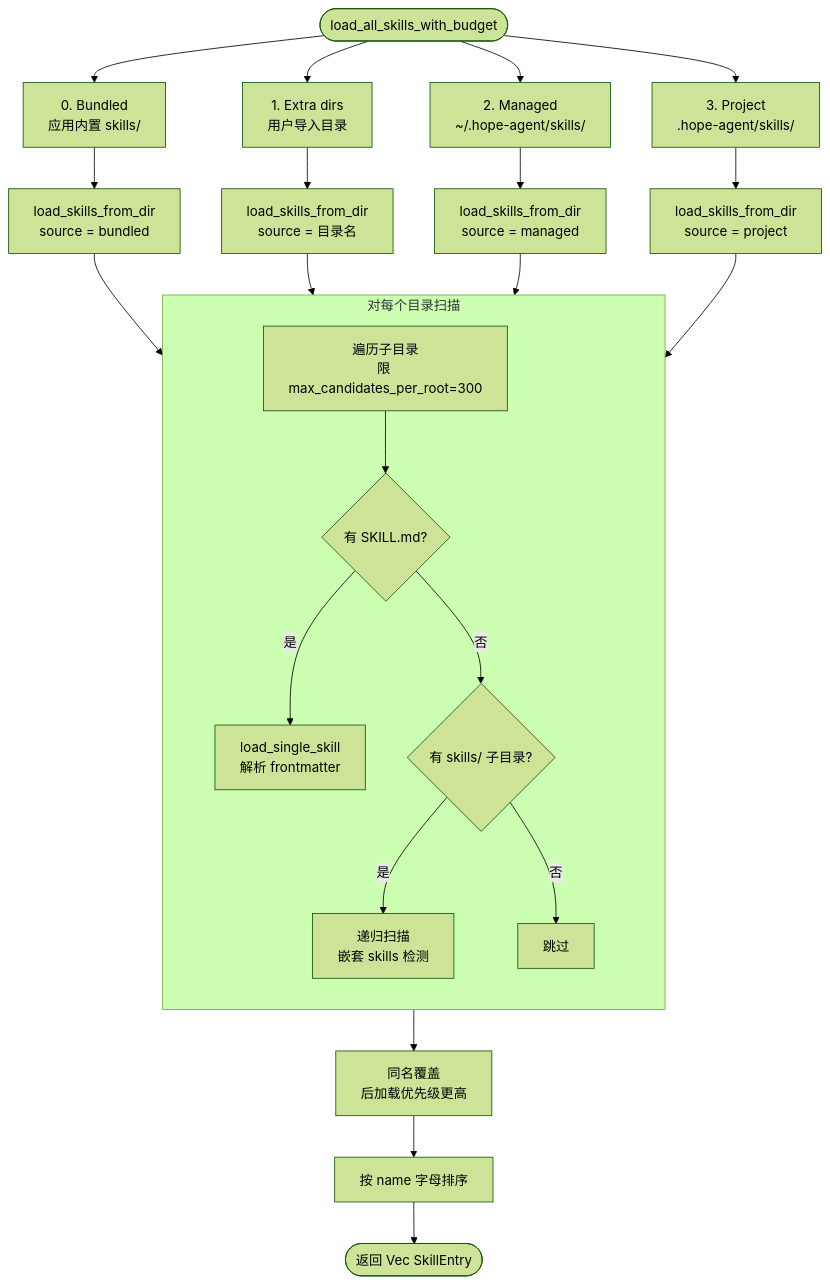
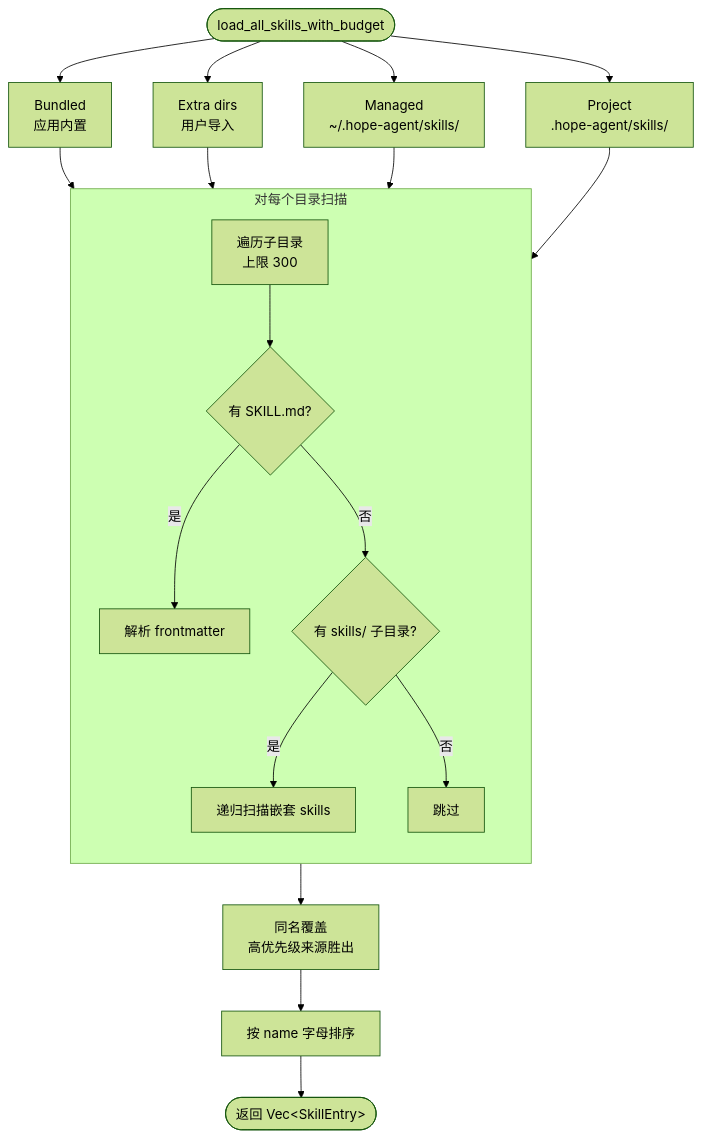
The fourth of 19 diagrams in docs/architecture/skill-system.md (shiwenwen/hope-agent), drawn with Mermaid (forest theme) before and after one commit. The commit also changed other lines of this file, not shown here.

First line of the commit message:
🦭docs: 巨无霸 skill-system（2123 行）按新标准重做

````diff
--- a/docs/architecture/skill-system.md
+++ b/docs/architecture/skill-system.md
@@ -334,28 +327,22 @@
 ```mermaid
 flowchart TD
-    START([load_all_skills_with_budget]) --> B["0. Bundled<br/>应用内置 skills/"]
-    START --> E["1. Extra dirs<br/>用户导入目录"]
-    START --> M["2. Managed<br/>~/.hope-agent/skills/"]
-    START --> P["3. Project<br/>.hope-agent/skills/"]
+    START([load_all_skills_with_budget]) --> B["Bundled<br/>应用内置"]
+    START --> E["Extra dirs<br/>用户导入"]
+    START --> M["Managed<br/>~/.hope-agent/skills/"]
+    START --> P["Project<br/>.hope-agent/skills/"]
 
-    B --> LOAD_B["load_skills_from_dir<br/>source = bundled"]
-    E --> LOAD_E["load_skills_from_dir<br/>source = 目录名"]
-    M --> LOAD_M["load_skills_from_dir<br/>source = managed"]
-    P --> LOAD_P["load_skills_from_dir<br/>source = project"]
-
-    LOAD_B & LOAD_E & LOAD_M & LOAD_P --> SCAN
+    B & E & M & P --> SCAN
 
     subgraph SCAN["对每个目录扫描"]
         direction TB
-        DIR["遍历子目录<br/>限 max_candidates_per_root=300"] --> HAS{"有 SKILL.md?"}
-        HAS -->|是| PARSE["load_single_skill<br/>解析 frontmatter"]
+        DIR["遍历子目录<br/>上限 300"] --> HAS{"有 SKILL.md?"}
+        HAS -->|是| PARSE["解析 frontmatter"]
         HAS -->|否| NESTED{"有 skills/ 子目录?"}
-        NESTED -->|是| RECURSE["递归扫描<br/>嵌套 skills 检测"]
+        NESTED -->|是| RECURSE["递归扫描嵌套 skills"]
         NESTED -->|否| SKIP["跳过"]
     end
 
-    SCAN --> DEDUP["同名覆盖<br/>后加载优先级更高"]
+    SCAN --> DEDUP["同名覆盖<br/>高优先级来源胜出"]
     DEDUP --> SORT["按 name 字母排序"]
-    SORT --> RESULT(["返回 Vec SkillEntry"])
-
+    SORT --> RESULT(["返回 Vec&lt;SkillEntry&gt;"])
 ```
````
